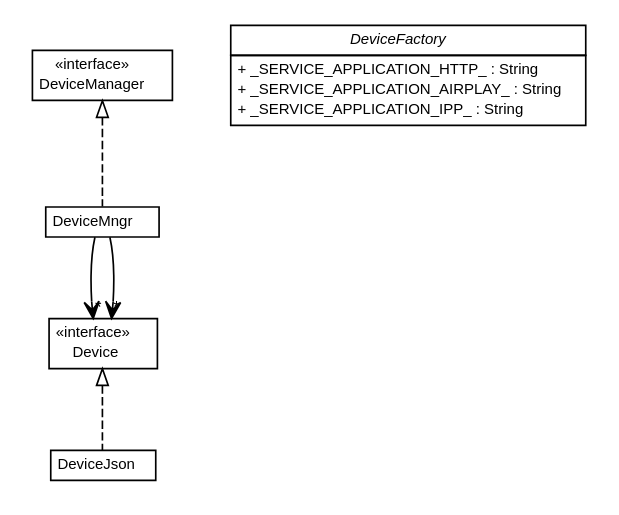
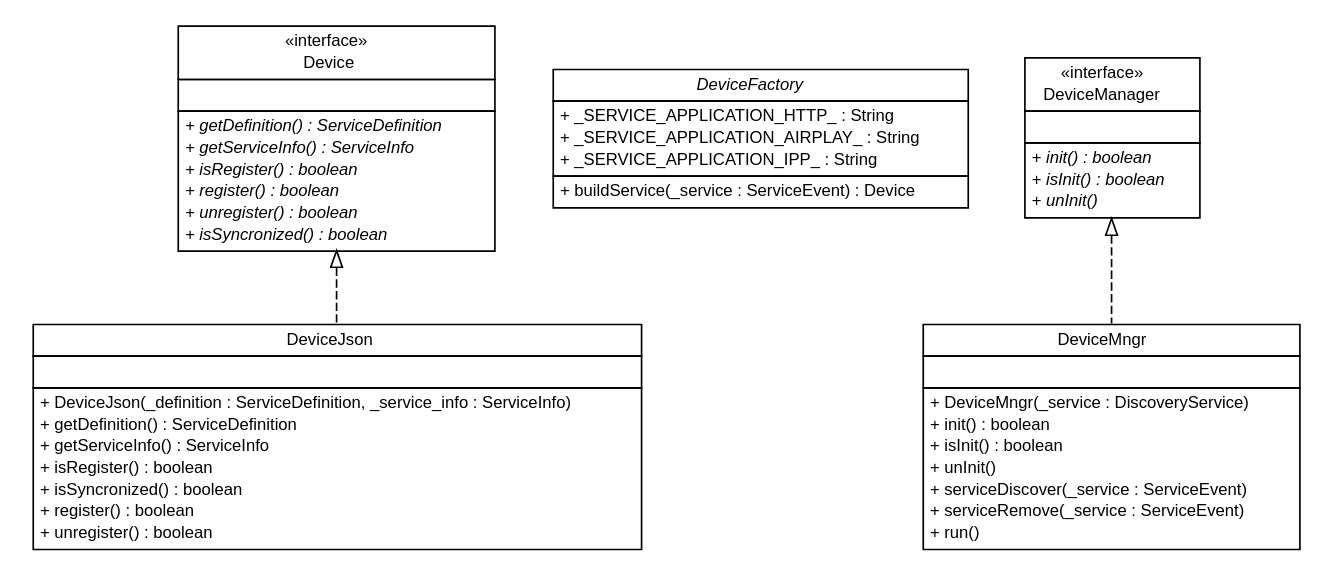
The diagram in javadoc/coreserver/com/connectlife/coreserver/environment/device/com.connectlife.coreserver.environment.device.dot (ericpinet/ConnectLife), drawn with Graphviz before and after one commit. The commit also changed 432 other files, not shown here.

```diff
--- a/javadoc/coreserver/com/connectlife/coreserver/environment/device/com.connectlife.coreserver.environment.device.dot
+++ b/javadoc/coreserver/com/connectlife/coreserver/environment/device/com.connectlife.coreserver.environment.device.dot
@@ -1,57 +1,99 @@
 #!/usr/local/bin/dot
 #
 # Class diagram 
 # Generated by UMLGraph version 5.1 (http://www.umlgraph.org/)
 #
 
 digraph G {
 	edge [fontname="Helvetica",fontsize=10,labelfontname="Helvetica",labelfontsize=10];
 	node [fontname="Helvetica",fontsize=10,shape=plaintext];
 	nodesep=0.25;
 	ranksep=0.5;
 	// com.connectlife.coreserver.environment.device.Device
 	c265 [label=<<table title="com.connectlife.coreserver.environment.device.Device" border="0" cellborder="1" cellspacing="0" cellpadding="2" port="p" href="./Device.html">
 		<tr><td><table border="0" cellspacing="0" cellpadding="1">
 <tr><td align="center" balign="center"> &#171;interface&#187; </td></tr>
 <tr><td align="center" balign="center"> Device </td></tr>
 		</table></td></tr>
-		</table>>, fontname="Helvetica", fontcolor="black", fontsize=9.0];
+		<tr><td><table border="0" cellspacing="0" cellpadding="1">
+<tr><td align="left" balign="left">  </td></tr>
+		</table></td></tr>
+		<tr><td><table border="0" cellspacing="0" cellpadding="1">
+<tr><td align="left" balign="left"><font face="Helvetica-Oblique" point-size="10.0"> + getDefinition() : ServiceDefinition </font></td></tr>
+<tr><td align="left" balign="left"><font face="Helvetica-Oblique" point-size="10.0"> + getServiceInfo() : ServiceInfo </font></td></tr>
+<tr><td align="left" balign="left"><font face="Helvetica-Oblique" point-size="10.0"> + isRegister() : boolean </font></td></tr>
+<tr><td align="left" balign="left"><font face="Helvetica-Oblique" point-size="10.0"> + register() : boolean </font></td></tr>
+<tr><td align="left" balign="left"><font face="Helvetica-Oblique" point-size="10.0"> + unregister() : boolean </font></td></tr>
+<tr><td align="left" balign="left"><font face="Helvetica-Oblique" point-size="10.0"> + isSyncronized() : boolean </font></td></tr>
+		</table></td></tr>
+		</table>>, fontname="Helvetica", fontcolor="black", fontsize=10.0];
 	// com.connectlife.coreserver.environment.device.DeviceFactory
 	c266 [label=<<table title="com.connectlife.coreserver.environment.device.DeviceFactory" border="0" cellborder="1" cellspacing="0" cellpadding="2" port="p" href="./DeviceFactory.html">
 		<tr><td><table border="0" cellspacing="0" cellpadding="1">
 <tr><td align="center" balign="center"><font face="Helvetica-Oblique"> DeviceFactory </font></td></tr>
 		</table></td></tr>
 		<tr><td><table border="0" cellspacing="0" cellpadding="1">
 <tr><td align="left" balign="left"> + _SERVICE_APPLICATION_HTTP_ : String </td></tr>
 <tr><td align="left" balign="left"> + _SERVICE_APPLICATION_AIRPLAY_ : String </td></tr>
 <tr><td align="left" balign="left"> + _SERVICE_APPLICATION_IPP_ : String </td></tr>
 		</table></td></tr>
-		</table>>, fontname="Helvetica", fontcolor="black", fontsize=9.0];
+		<tr><td><table border="0" cellspacing="0" cellpadding="1">
+<tr><td align="left" balign="left"> + buildService(_service : ServiceEvent) : Device </td></tr>
+		</table></td></tr>
+		</table>>, fontname="Helvetica", fontcolor="black", fontsize=10.0];
 	// com.connectlife.coreserver.environment.device.DeviceManager
 	c267 [label=<<table title="com.connectlife.coreserver.environment.device.DeviceManager" border="0" cellborder="1" cellspacing="0" cellpadding="2" port="p" href="./DeviceManager.html">
 		<tr><td><table border="0" cellspacing="0" cellpadding="1">
 <tr><td align="center" balign="center"> &#171;interface&#187; </td></tr>
 <tr><td align="center" balign="center"> DeviceManager </td></tr>
 		</table></td></tr>
-		</table>>, fontname="Helvetica", fontcolor="black", fontsize=9.0];
+		<tr><td><table border="0" cellspacing="0" cellpadding="1">
+<tr><td align="left" balign="left">  </td></tr>
+		</table></td></tr>
+		<tr><td><table border="0" cellspacing="0" cellpadding="1">
+<tr><td align="left" balign="left"><font face="Helvetica-Oblique" point-size="10.0"> + init() : boolean </font></td></tr>
+<tr><td align="left" balign="left"><font face="Helvetica-Oblique" point-size="10.0"> + isInit() : boolean </font></td></tr>
+<tr><td align="left" balign="left"><font face="Helvetica-Oblique" point-size="10.0"> + unInit() </font></td></tr>
+		</table></td></tr>
+		</table>>, fontname="Helvetica", fontcolor="black", fontsize=10.0];
 	// com.connectlife.coreserver.environment.device.DeviceMngr
 	c268 [label=<<table title="com.connectlife.coreserver.environment.device.DeviceMngr" border="0" cellborder="1" cellspacing="0" cellpadding="2" port="p" href="./DeviceMngr.html">
 		<tr><td><table border="0" cellspacing="0" cellpadding="1">
 <tr><td align="center" balign="center"> DeviceMngr </td></tr>
 		</table></td></tr>
-		</table>>, fontname="Helvetica", fontcolor="black", fontsize=9.0];
+		<tr><td><table border="0" cellspacing="0" cellpadding="1">
+<tr><td align="left" balign="left">  </td></tr>
+		</table></td></tr>
+		<tr><td><table border="0" cellspacing="0" cellpadding="1">
+<tr><td align="left" balign="left"> + DeviceMngr(_service : DiscoveryService) </td></tr>
+<tr><td align="left" balign="left"> + init() : boolean </td></tr>
+<tr><td align="left" balign="left"> + isInit() : boolean </td></tr>
+<tr><td align="left" balign="left"> + unInit() </td></tr>
+<tr><td align="left" balign="left"> + serviceDiscover(_service : ServiceEvent) </td></tr>
+<tr><td align="left" balign="left"> + serviceRemove(_service : ServiceEvent) </td></tr>
+<tr><td align="left" balign="left"> + run() </td></tr>
+		</table></td></tr>
+		</table>>, fontname="Helvetica", fontcolor="black", fontsize=10.0];
 	// com.connectlife.coreserver.environment.device.DeviceJson
 	c269 [label=<<table title="com.connectlife.coreserver.environment.device.DeviceJson" border="0" cellborder="1" cellspacing="0" cellpadding="2" port="p" href="./DeviceJson.html">
 		<tr><td><table border="0" cellspacing="0" cellpadding="1">
 <tr><td align="center" balign="center"> DeviceJson </td></tr>
 		</table></td></tr>
-		</table>>, fontname="Helvetica", fontcolor="black", fontsize=9.0];
+		<tr><td><table border="0" cellspacing="0" cellpadding="1">
+<tr><td align="left" balign="left">  </td></tr>
+		</table></td></tr>
+		<tr><td><table border="0" cellspacing="0" cellpadding="1">
+<tr><td align="left" balign="left"> + DeviceJson(_definition : ServiceDefinition, _service_info : ServiceInfo) </td></tr>
+<tr><td align="left" balign="left"> + getDefinition() : ServiceDefinition </td></tr>
+<tr><td align="left" balign="left"> + getServiceInfo() : ServiceInfo </td></tr>
+<tr><td align="left" balign="left"> + isRegister() : boolean </td></tr>
+<tr><td align="left" balign="left"> + isSyncronized() : boolean </td></tr>
+<tr><td align="left" balign="left"> + register() : boolean </td></tr>
+<tr><td align="left" balign="left"> + unregister() : boolean </td></tr>
+		</table></td></tr>
+		</table>>, fontname="Helvetica", fontcolor="black", fontsize=10.0];
 	//com.connectlife.coreserver.environment.device.DeviceMngr implements com.connectlife.coreserver.environment.device.DeviceManager
 	c267:p -> c268:p [dir=back,arrowtail=empty,style=dashed];
 	//com.connectlife.coreserver.environment.device.DeviceJson implements com.connectlife.coreserver.environment.device.Device
 	c265:p -> c269:p [dir=back,arrowtail=empty,style=dashed];
-	// com.connectlife.coreserver.environment.device.DeviceMngr NAVASSOC com.connectlife.coreserver.environment.device.Device
-	c268:p -> c265:p [taillabel="", label="", headlabel="*", fontname="Helvetica", fontcolor="black", fontsize=10.0, color="black", arrowhead=open];
-	// com.connectlife.coreserver.environment.device.DeviceMngr NAVASSOC com.connectlife.coreserver.environment.device.Device
-	c268:p -> c265:p [taillabel="", label="", headlabel="*", fontname="Helvetica", fontcolor="black", fontsize=10.0, color="black", arrowhead=open];
 }
```
